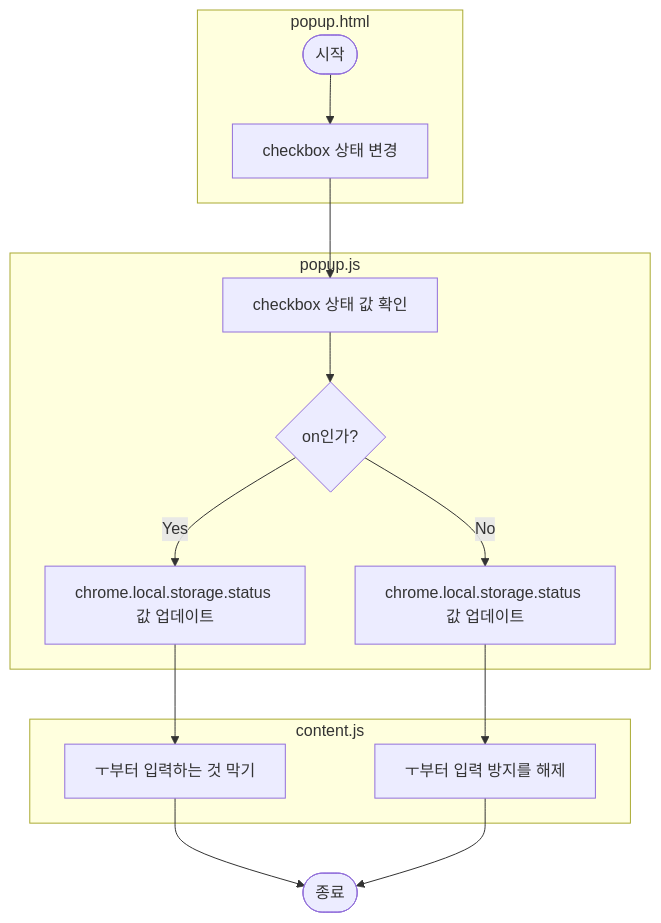
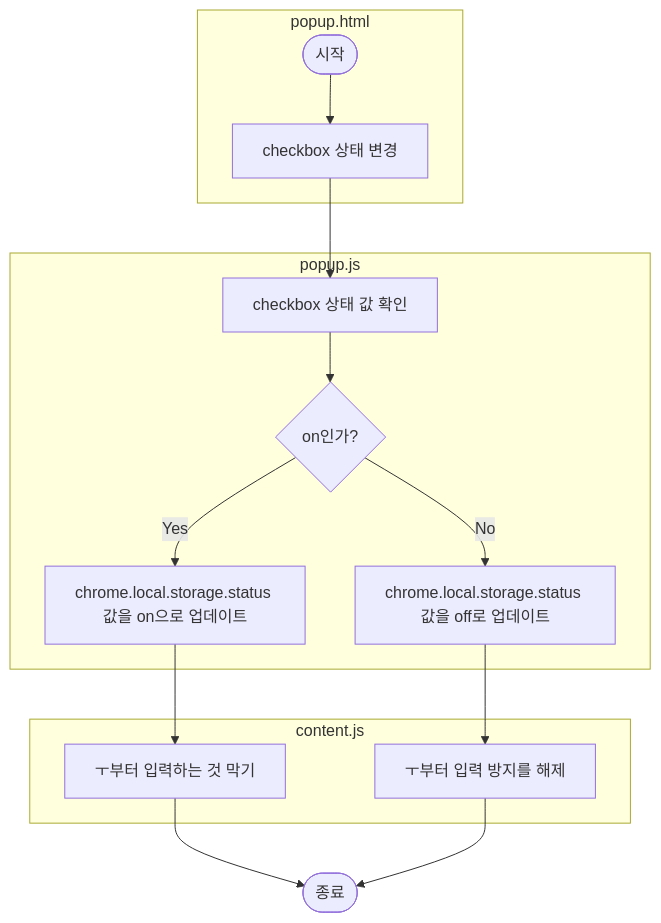
The diagram in docs/2. 설계/2.2 소프트웨어 설계/2.2.2 내부 설계/비즈니스 로직 프로그램 설계/플로차트.md (sarifor/crying-letter-preventer), drawn with Mermaid before and after one commit.

Commit message:
Update: Clarify flowchart

````diff
--- a/docs/2. 설계/2.2 소프트웨어 설계/2.2.2 내부 설계/비즈니스 로직 프로그램 설계/플로차트.md
+++ b/docs/2. 설계/2.2 소프트웨어 설계/2.2.2 내부 설계/비즈니스 로직 프로그램 설계/플로차트.md
@@ -2,35 +2,35 @@
 ```mermaid
 flowchart TD
   start1([시작])
   node1[checkbox 상태 변경]
   node2[checkbox 상태 값 확인]
   switch1{on인가?}
-  node5[chrome.local.storage.status 값 업데이트]
+  node5[chrome.local.storage.status 값을 on으로 업데이트]
   node3[ㅜ부터 입력하는 것 막기]
-  node6[chrome.local.storage.status 값 업데이트]
+  node6[chrome.local.storage.status 값을 off로 업데이트]
   node4[ㅜ부터 입력 방지를 해제]
   end1([종료])
 
   subgraph popup.html
    start1
    node1
   end
 
   subgraph popup.js
     node2
     switch1
     node5
     node6
   end
 
   subgraph content.js
     node3
     node4
   end
 
   start1 --> node1 --> node2
   node2 --> switch1
   switch1 -- Yes --> node5 --> node3
   switch1 -- No --> node6 --> node4
   node3 & node4 --> end1
 ```
````
